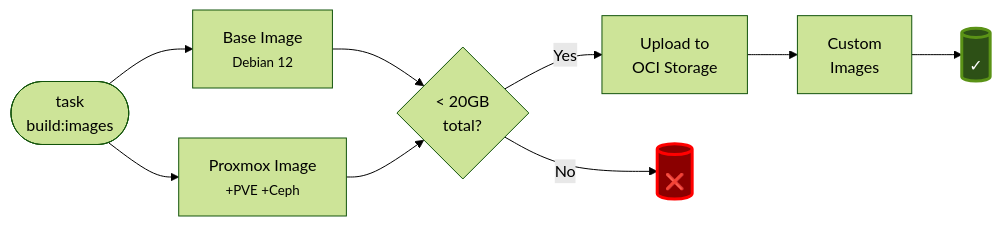
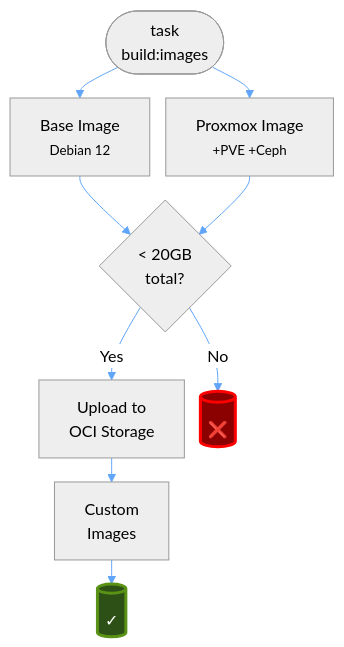
The third of 18 diagrams in docs/ARCHITECTURE-DIAGRAMS.md (syscode-labs/oci-free-tier-manager), drawn with Mermaid before and after one commit. The commit also changed other lines of this file, not shown here.

First line of the commit message:
fix: make diagrams dark-mode compatible and prevent horizontal scrolling

````diff
--- a/docs/ARCHITECTURE-DIAGRAMS.md
+++ b/docs/ARCHITECTURE-DIAGRAMS.md
@@ -58,20 +83,20 @@
 ```mermaid
-%%{init: {'theme':'forest'}}%%
-flowchart LR
+%%{init: {'theme':'neutral', 'themeVariables': { 'lineColor': '#60a5fa', 'arrowheadColor': '#60a5fa' }, 'flowchart': { 'useMaxWidth': true, 'diagramPadding': 8, 'nodeSpacing': 16, 'rankSpacing': 24 } }}%%
+flowchart TB
     Start(["task<br/>build:images"]) --> Base["Base Image<br/><small>Debian 12</small>"]
     Start --> Proxmox["Proxmox Image<br/><small>+PVE +Ceph</small>"]
     
     Base --> Check{"< 20GB<br/>total?"}
     Proxmox --> Check
     
     Check -->|Yes| Upload["Upload to<br/>OCI Storage"]
     Check -->|No| Fail[("❌")]
     
     Upload --> Images["Custom<br/>Images"]
     Images --> Done[("✓")]
     
     classDef success fill:#2d5016,stroke:#5a9216,stroke-width:3px,color:#fff
     classDef error fill:#8b0000,stroke:#ff0000,stroke-width:3px,color:#fff
     class Done success
     class Fail error
 ```
````
